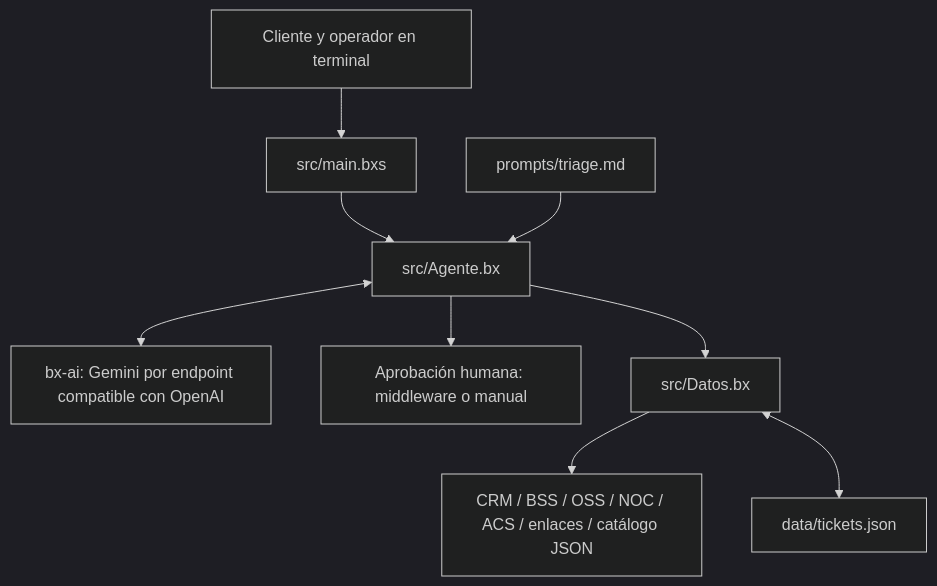
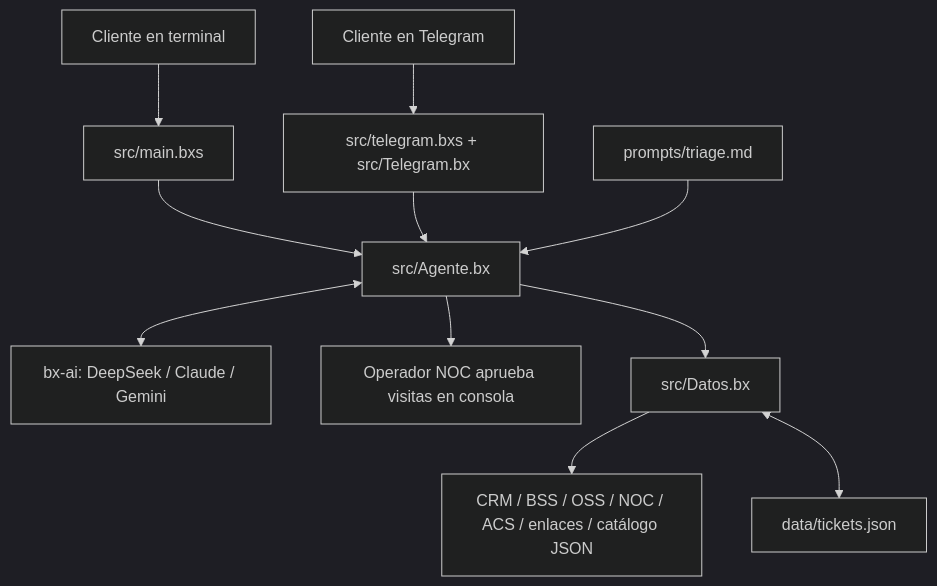
One commit to fbclabs/help-isp-agent changed the diagram in README.md. Above: the diagram before and after it, drawn with Mermaid (dark theme). The commit also changed other lines of this file, not shown here.

Commit message:
README actualizado: DeepSeek, Telegram, aprobaciones por riesgo, evidencia

````diff
--- a/README.md
+++ b/README.md
@@ -15,11 +25,13 @@
 ```mermaid
 flowchart TD
-    Operador[Cliente y operador en terminal] --> CLI[src/main.bxs]
+    Cliente[Cliente en terminal] --> CLI[src/main.bxs]
+    Celular[Cliente en Telegram] --> TG[src/telegram.bxs + src/Telegram.bx]
     CLI --> Agente[src/Agente.bx]
+    TG --> Agente
     Prompt[prompts/triage.md] --> Agente
-    Agente <--> Modelo[bx-ai: Gemini por endpoint compatible con OpenAI]
-    Agente --> HITL[Aprobación humana: middleware o manual]
+    Agente <--> Modelo[bx-ai: DeepSeek / Claude / Gemini]
+    Agente --> HITL[Operador NOC aprueba visitas en consola]
     Agente --> Datos[src/Datos.bx]
     Datos --> Sistemas[CRM / BSS / OSS / NOC / ACS / enlaces / catálogo JSON]
     Datos <--> Tickets[data/tickets.json]
 ```
````
